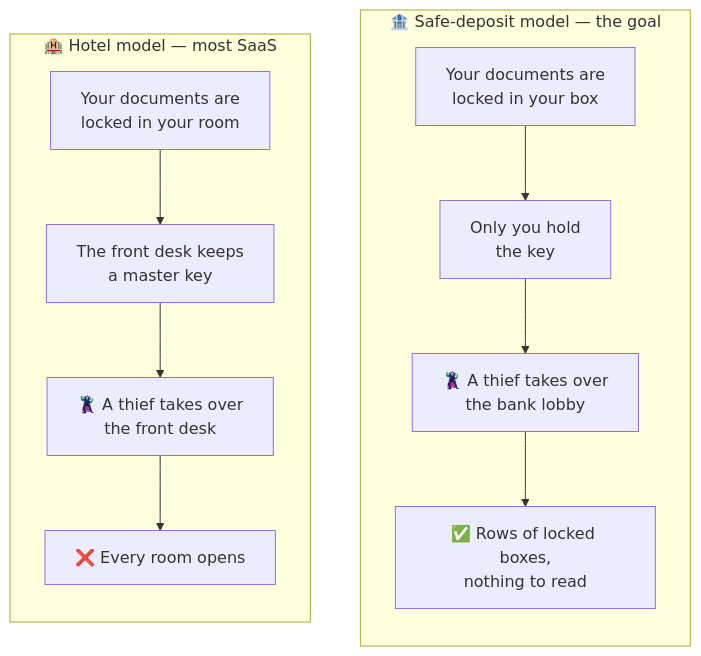
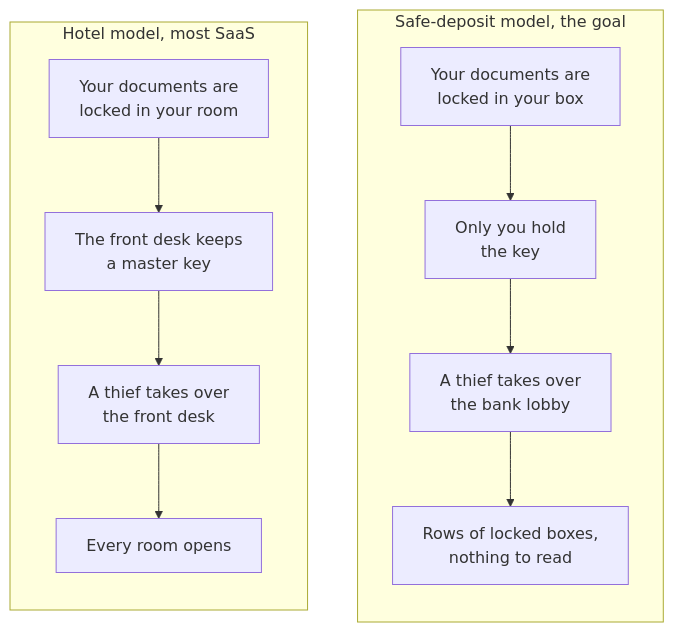
The first of 16 diagrams in src/content/blog/2026-11-12--sharing-encrypted-documents-without-trusting-your-server.md (kigster/kigre-astro), drawn with Mermaid before and after one commit. The commit also changed other lines of this file and 4 other files, not shown here.

````diff
--- a/src/content/blog/2026-11-12--sharing-encrypted-documents-without-trusting-your-server.md
+++ b/src/content/blog/2026-11-12--sharing-encrypted-documents-without-trusting-your-server.md
@@ -39,20 +86,20 @@
 ```mermaid
 flowchart LR
-    subgraph HOTEL["🏨 Hotel model — most SaaS"]
+    subgraph HOTEL["Hotel model, most SaaS"]
         direction TB
         H1["Your documents are<br/>locked in your room"]
         H2["The front desk keeps<br/>a master key"]
-        H3["🦹 A thief takes over<br/>the front desk"]
-        H4["❌ Every room opens"]
+        H3["A thief takes over<br/>the front desk"]
+        H4["Every room opens"]
         H1 --> H2 --> H3 --> H4
     end
-    subgraph BANK["🏦 Safe-deposit model — the goal"]
+    subgraph BANK["Safe-deposit model, the goal"]
         direction TB
         B1["Your documents are<br/>locked in your box"]
         B2["Only you hold<br/>the key"]
-        B3["🦹 A thief takes over<br/>the bank lobby"]
-        B4["✅ Rows of locked boxes,<br/>nothing to read"]
+        B3["A thief takes over<br/>the bank lobby"]
+        B4["Rows of locked boxes,<br/>nothing to read"]
         B1 --> B2 --> B3 --> B4
     end
     HOTEL ~~~ BANK
 ```
````
